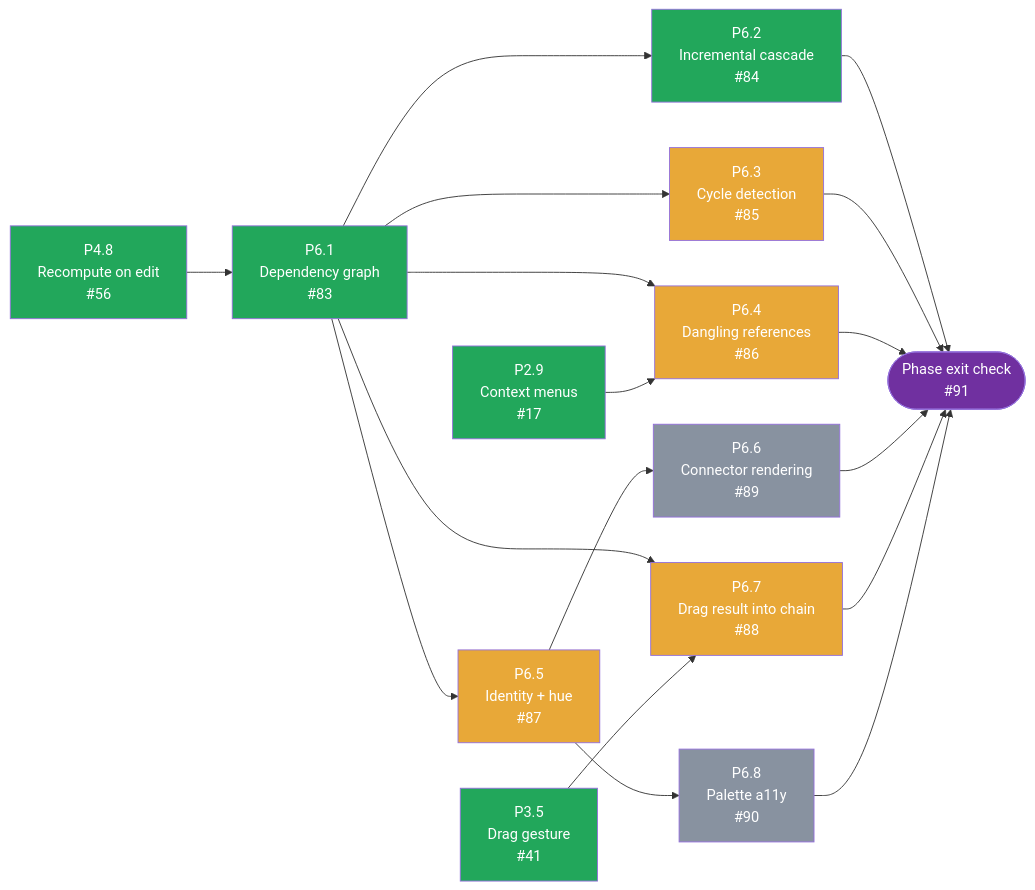
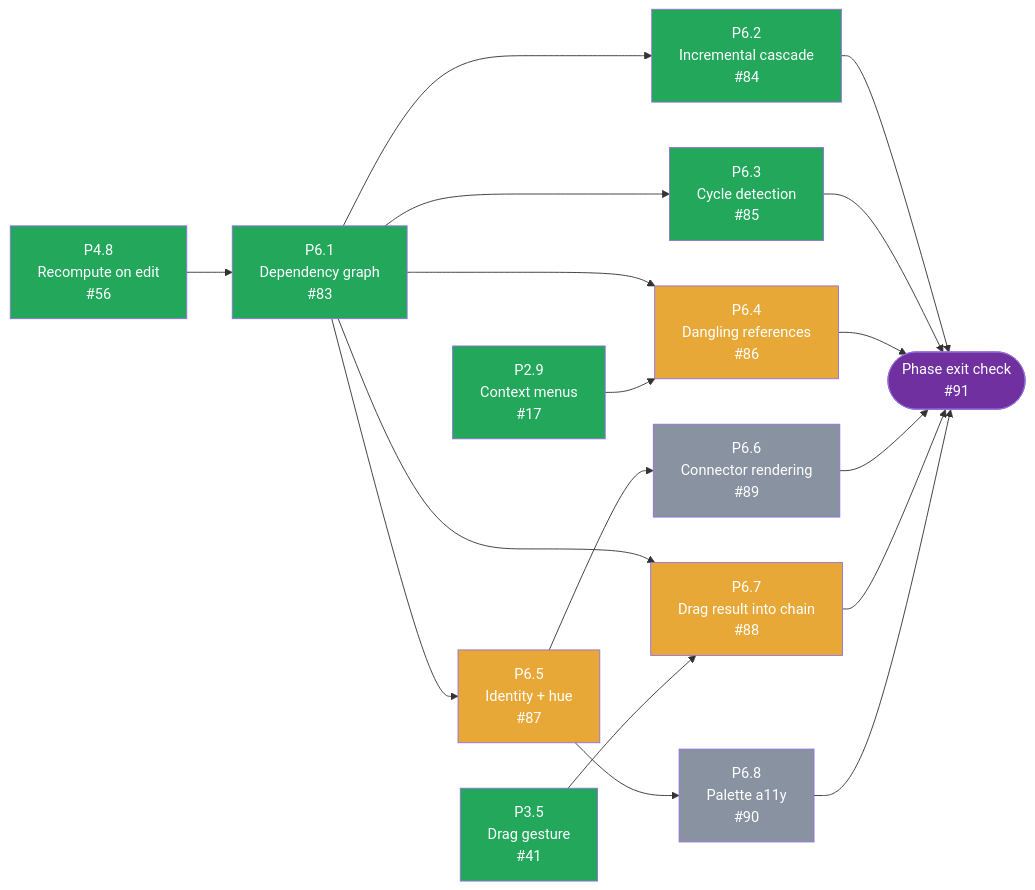
The fifth of 5 diagrams in docs/DEVELOPMENT_PLAN.md (tousifosman/CalcMind), drawn with Mermaid before and after one commit. The commit also changed other lines of this file and 12 other files, not shown here.

````diff
--- a/docs/DEVELOPMENT_PLAN.md
+++ b/docs/DEVELOPMENT_PLAN.md
@@ -919,46 +919,47 @@
 ```mermaid
 flowchart LR
     P48["P4.8<br/>Recompute on edit<br/>#56"]
     P29["P2.9<br/>Context menus<br/>#17"]
     P35["P3.5<br/>Drag gesture<br/>#41"]
     P61["P6.1<br/>Dependency graph<br/>#83"]
     P62["P6.2<br/>Incremental cascade<br/>#84"]
     P63["P6.3<br/>Cycle detection<br/>#85"]
     P64["P6.4<br/>Dangling references<br/>#86"]
     P65["P6.5<br/>Identity + hue<br/>#87"]
     P66["P6.6<br/>Connector rendering<br/>#89"]
     P67["P6.7<br/>Drag result into chain<br/>#88"]
     P68["P6.8<br/>Palette a11y<br/>#90"]
     EXIT(["Phase exit check<br/>#91"])
 
     P48 --> P61
     P61 --> P62
     P61 --> P63
     P61 --> P64
     P29 --> P64
     P61 --> P65
     P65 --> P66
     P61 --> P67
     P35 --> P67
     P65 --> P68
 
     P62 --> EXIT
     P63 --> EXIT
     P64 --> EXIT
     P66 --> EXIT
     P67 --> EXIT
     P68 --> EXIT
 
     style P48 fill:#22A75B,color:#fff
     style P29 fill:#22A75B,color:#fff
     style P35 fill:#22A75B,color:#fff
     style P61 fill:#22A75B,color:#fff
     style P62 fill:#22A75B,color:#fff
-    style P63 fill:#E8A838,color:#fff
+    style P63 fill:#22A75B,color:#fff
+
     style P64 fill:#E8A838,color:#fff
     style P65 fill:#E8A838,color:#fff
     style P66 fill:#8892A0,color:#fff
     style P67 fill:#E8A838,color:#fff
     style P68 fill:#8892A0,color:#fff
     style EXIT fill:#7030A0,color:#fff
 ```
````
